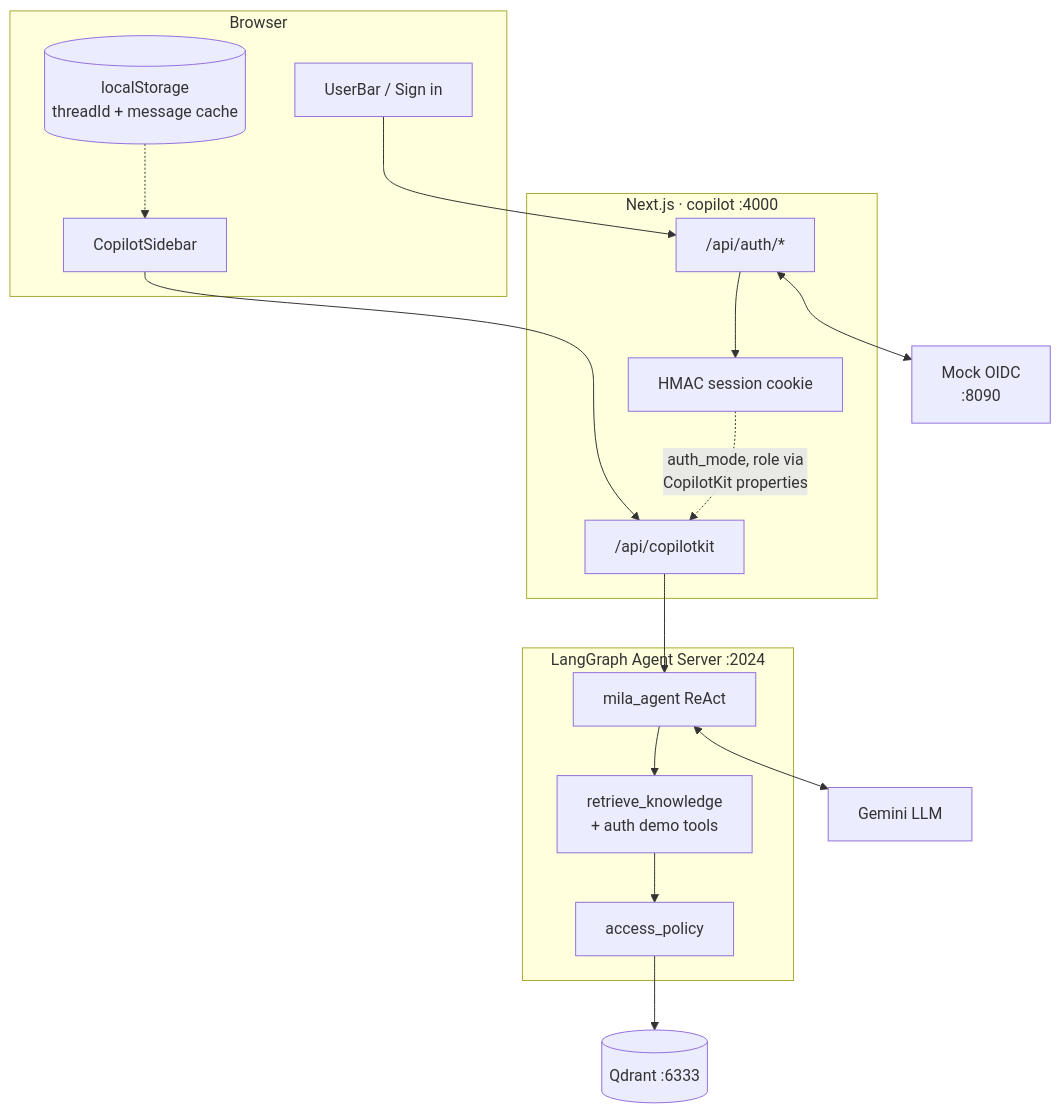
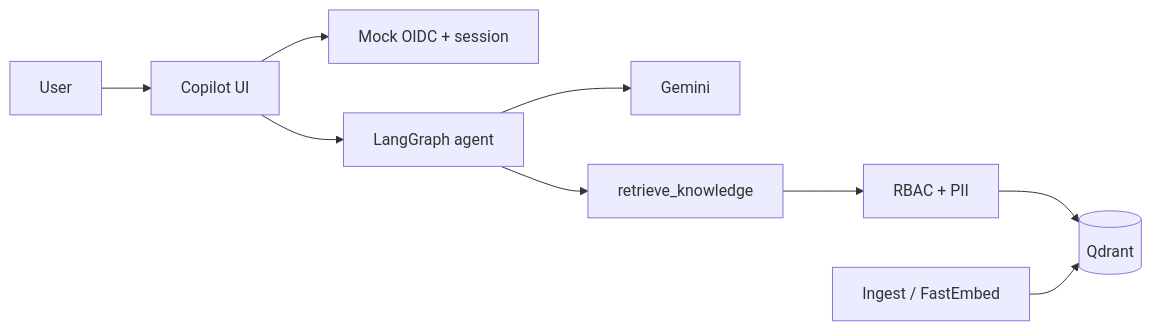
The second of 3 diagrams in docs/architecture.md (valeriangeny/mila-assistant), drawn with Mermaid before and after one commit. The commit also changed other lines of this file, not shown here.

First line of the commit message:
Revise architecture documentation to clarify request path and system interactions.

````diff
--- a/docs/architecture.md
+++ b/docs/architecture.md
@@ -19,37 +46,11 @@
 ```mermaid
-flowchart TB
-  subgraph browser["Browser"]
-    UB[UserBar / Sign in]
-    CS[CopilotSidebar]
-    LS[(localStorage<br/>threadId + message cache)]
-  end
-
-  subgraph next["Next.js · copilot :4000"]
-    AuthAPI["/api/auth/*"]
-    CK["/api/copilotkit"]
-    Sess[HMAC session cookie]
-  end
-
-  IdP["Mock OIDC<br/>:8090"]
-
-  subgraph agent["LangGraph Agent Server :2024"]
-    Graph[mila_agent ReAct]
-    Tools[retrieve_knowledge<br/>+ auth demo tools]
-    Policy[access_policy]
-  end
-
-  Q[(Qdrant :6333)]
-  Gemini[Gemini LLM]
-
-  UB --> AuthAPI
-  AuthAPI <--> IdP
-  AuthAPI --> Sess
-  CS --> CK
-  LS -.-> CS
-  CK --> Graph
-  Sess -.->|auth_mode, role via<br/>CopilotKit properties| CK
-  Graph --> Tools
-  Tools --> Policy
-  Policy --> Q
-  Graph <--> Gemini
+flowchart LR
+  User --> UI[Copilot UI]
+  UI --> Auth[Mock OIDC + session]
+  UI --> Agent[LangGraph agent]
+  Agent --> LLM[Gemini]
+  Agent --> Retrieve[retrieve_knowledge]
+  Retrieve --> Policy[RBAC + PII]
+  Policy --> Q[(Qdrant)]
+  Ingest[Ingest / FastEmbed] --> Q
 ```
````
